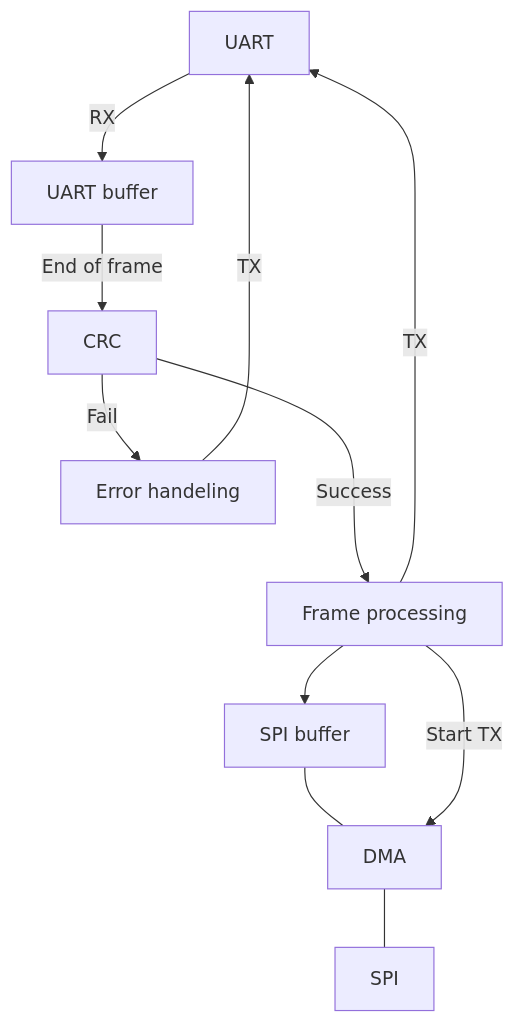
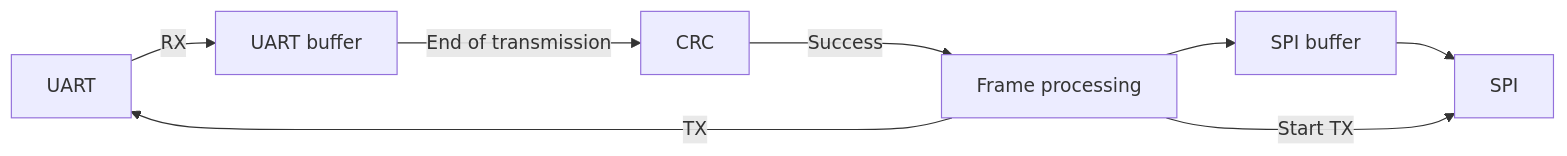
The second of 2 diagrams in docs/Specification.md (kamilix2003/Phase-Shifter), drawn with Mermaid before and after one commit. The commit also changed other lines of this file, not shown here.

Commit message:
minor update

````diff
--- a/docs/Specification.md
+++ b/docs/Specification.md
@@ -21,22 +21,19 @@
 ```mermaid
-flowchart TD
+flowchart LR
 
 
 UART -- RX --> UART_b
-UART_b -- End of frame --> CRC
-CRC -- Fail --> Error_handle
+UART_b -- End of transmission --> CRC
 CRC -- Success ---> Process_frame
-Error_handle -- TX --> UART
 
 Process_frame -- TX --> UART
 Process_frame --> SPI_b
-SPI_b --- DMA --- SPI
-Process_frame -- Start TX --> DMA
+SPI_b --> SPI
+Process_frame -- Start TX --> SPI
 
 
 Process_frame[Frame processing]
-Error_handle[Error handeling]
 UART_b[UART buffer]
 SPI_b[SPI buffer]
 
 ```
````
